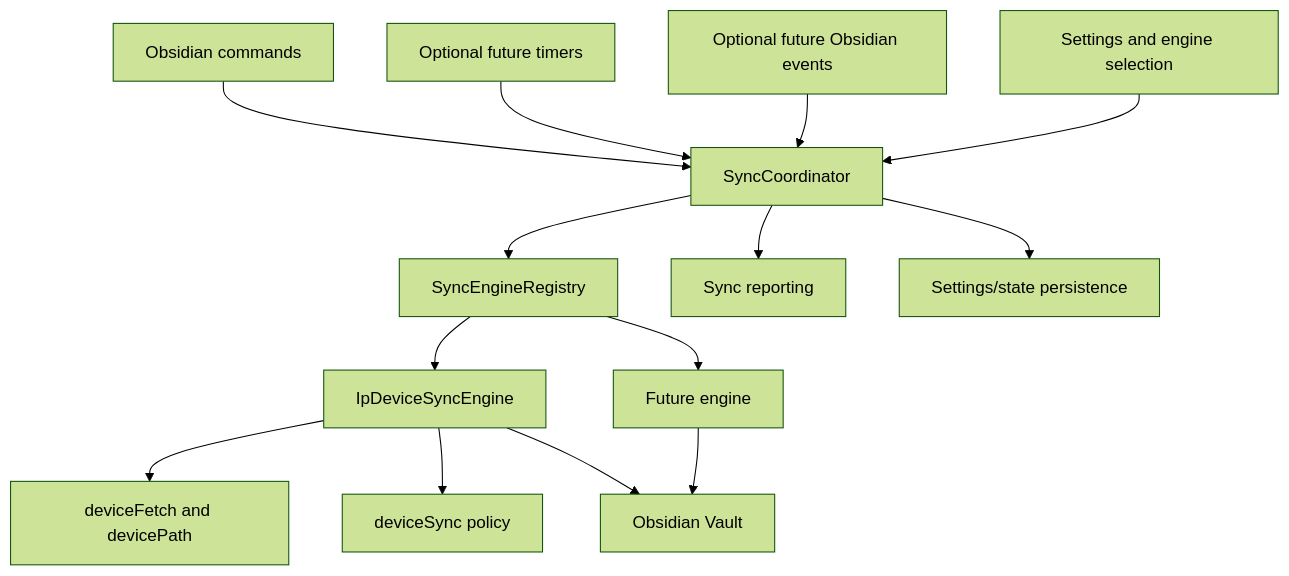
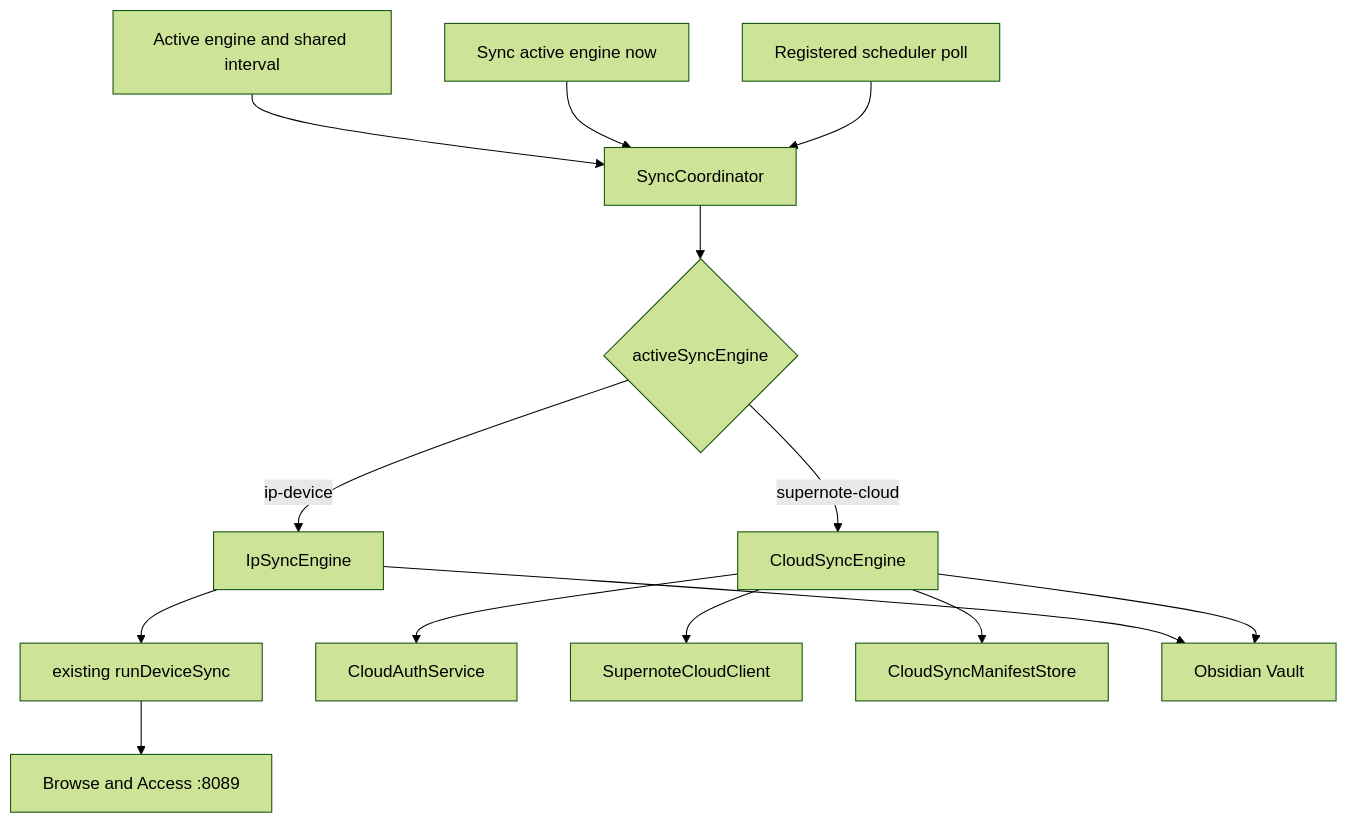
Before and after one commit to philips/supernote-obsidian-plugin: the second of 2 diagrams in multi-sync.md, drawn with Mermaid (forest theme). The commit also changed other lines of this file and 1 other file, not shown here.

Commit message:
Started to work on cloud-sync-spec and multi-sync.

````diff
--- a/multi-sync.md
+++ b/multi-sync.md
@@ -323,19 +401,20 @@
 ```mermaid
 flowchart TD
-    Commands[Obsidian commands] --> Coordinator[SyncCoordinator]
-    Timers[Optional future timers] --> Coordinator
-    Events[Optional future Obsidian events] --> Coordinator
-    SettingsUI[Settings and engine selection] --> Coordinator
+    Settings[Active engine and shared interval] --> Coordinator[SyncCoordinator]
+    Command[Sync active engine now] --> Coordinator
+    Timer[Registered scheduler poll] --> Coordinator
 
-    Coordinator --> Registry[SyncEngineRegistry]
-    Registry --> IP[IpDeviceSyncEngine]
-    Registry --> Future[Future engine]
+    Coordinator --> Choice{activeSyncEngine}
+    Choice -->|ip-device| IP[IpSyncEngine]
+    Choice -->|supernote-cloud| Cloud[CloudSyncEngine]
 
-    IP --> IPTransport[deviceFetch and devicePath]
-    IP --> IPPolicy[deviceSync policy]
+    IP --> Existing[existing runDeviceSync]
+    Existing --> Device[Browse and Access :8089]
+
+    Cloud --> Auth[CloudAuthService]
+    Cloud --> Client[SupernoteCloudClient]
+    Cloud --> Manifest[CloudSyncManifestStore]
+
     IP --> Vault[Obsidian Vault]
-    Future --> Vault
-
-    Coordinator --> Reporter[Sync reporting]
-    Coordinator --> State[Settings/state persistence]
+    Cloud --> Vault
 ```
````
